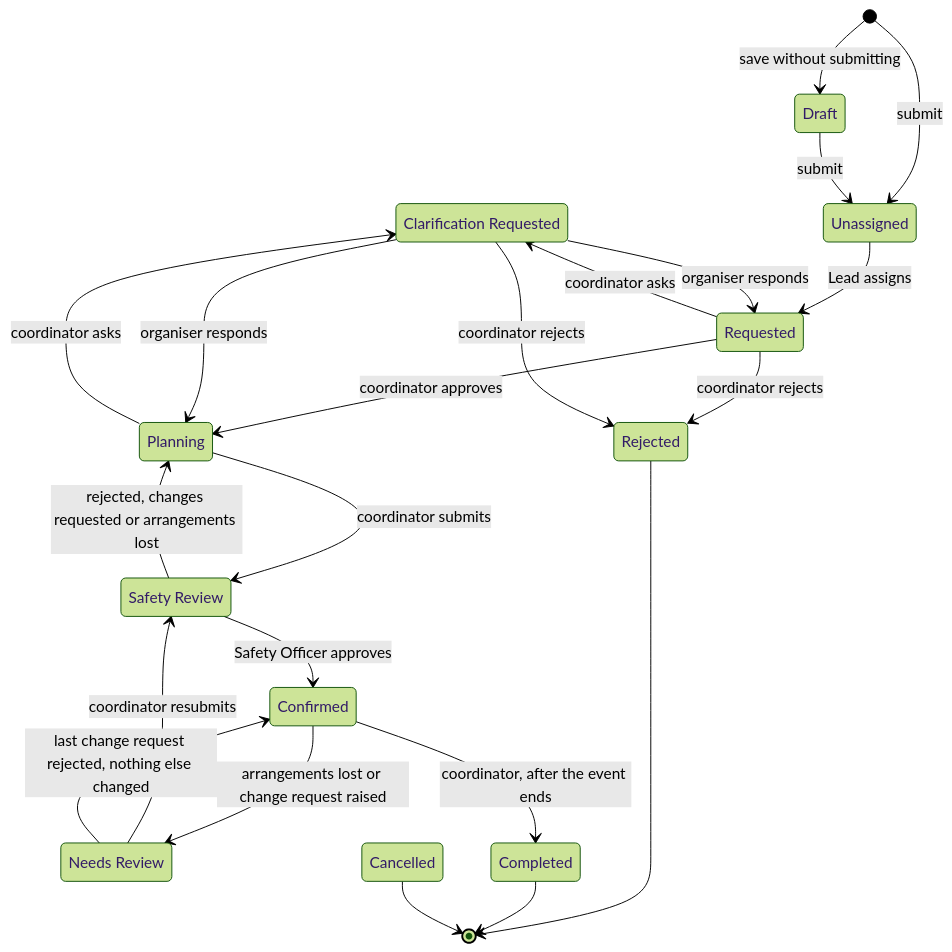
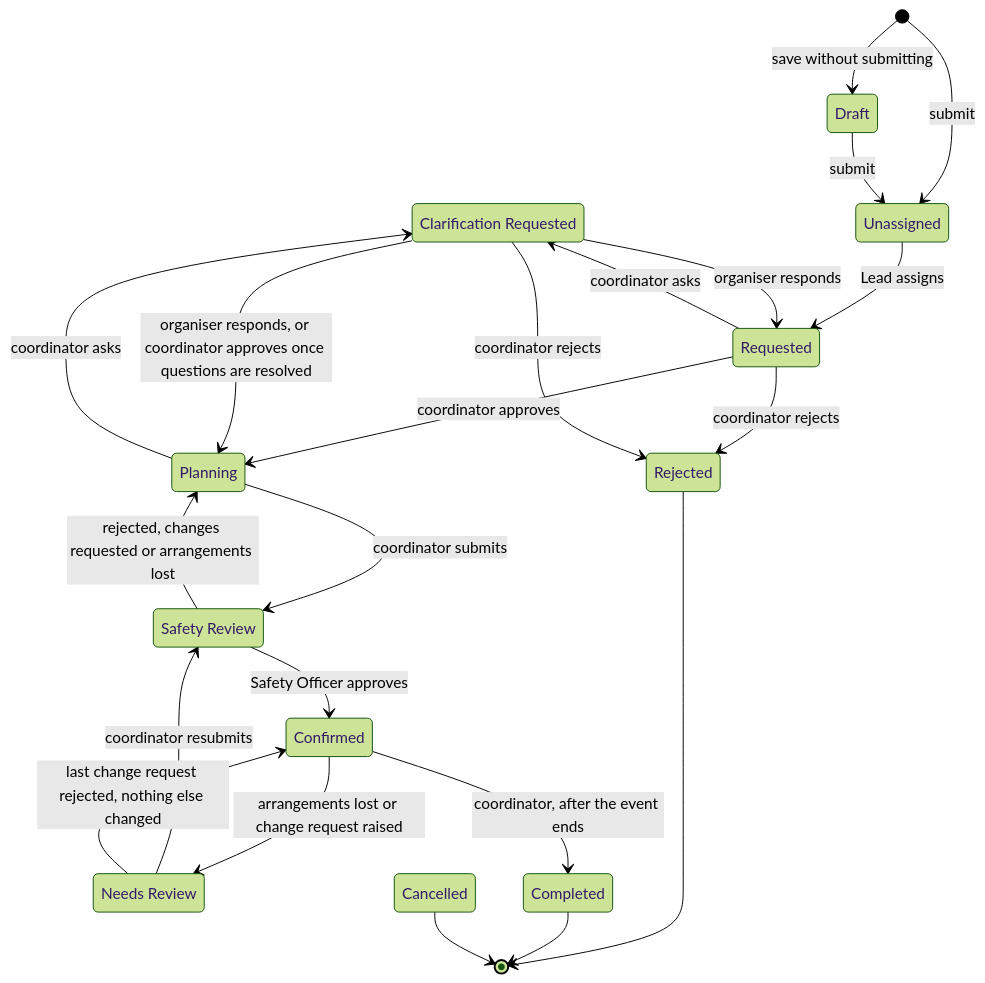
The second of 2 diagrams in README.md (triciaaleee/SPM-G6T5), drawn with Mermaid (forest theme) before and after one commit. The commit also changed 1 other file, not shown here.

Commit message:
Document coordinator approval from Clarification Requested to Planning

````diff
--- a/README.md
+++ b/README.md
@@ -99,29 +99,29 @@
 ```mermaid
 stateDiagram-v2
     direction TB
     state "Clarification Requested" as Clarification
     state "Safety Review" as SafetyReview
     state "Needs Review" as NeedsReview
 
     [*] --> Draft: save without submitting
     [*] --> Unassigned: submit
     Draft --> Unassigned: submit
     Unassigned --> Requested: Lead assigns
     Requested --> Planning: coordinator approves
     Requested --> Rejected: coordinator rejects
     Requested --> Clarification: coordinator asks
     Planning --> Clarification: coordinator asks
     Clarification --> Requested: organiser responds
-    Clarification --> Planning: organiser responds
+    Clarification --> Planning: organiser responds, or coordinator approves once questions are resolved
     Clarification --> Rejected: coordinator rejects
     Planning --> SafetyReview: coordinator submits
     SafetyReview --> Confirmed: Safety Officer approves
     SafetyReview --> Planning: rejected, changes requested or arrangements lost
     Confirmed --> NeedsReview: arrangements lost or change request raised
     NeedsReview --> SafetyReview: coordinator resubmits
     NeedsReview --> Confirmed: last change request rejected, nothing else changed
     Confirmed --> Completed: coordinator, after the event ends
     Rejected --> [*]
     Completed --> [*]
     Cancelled --> [*]
 ```
````
